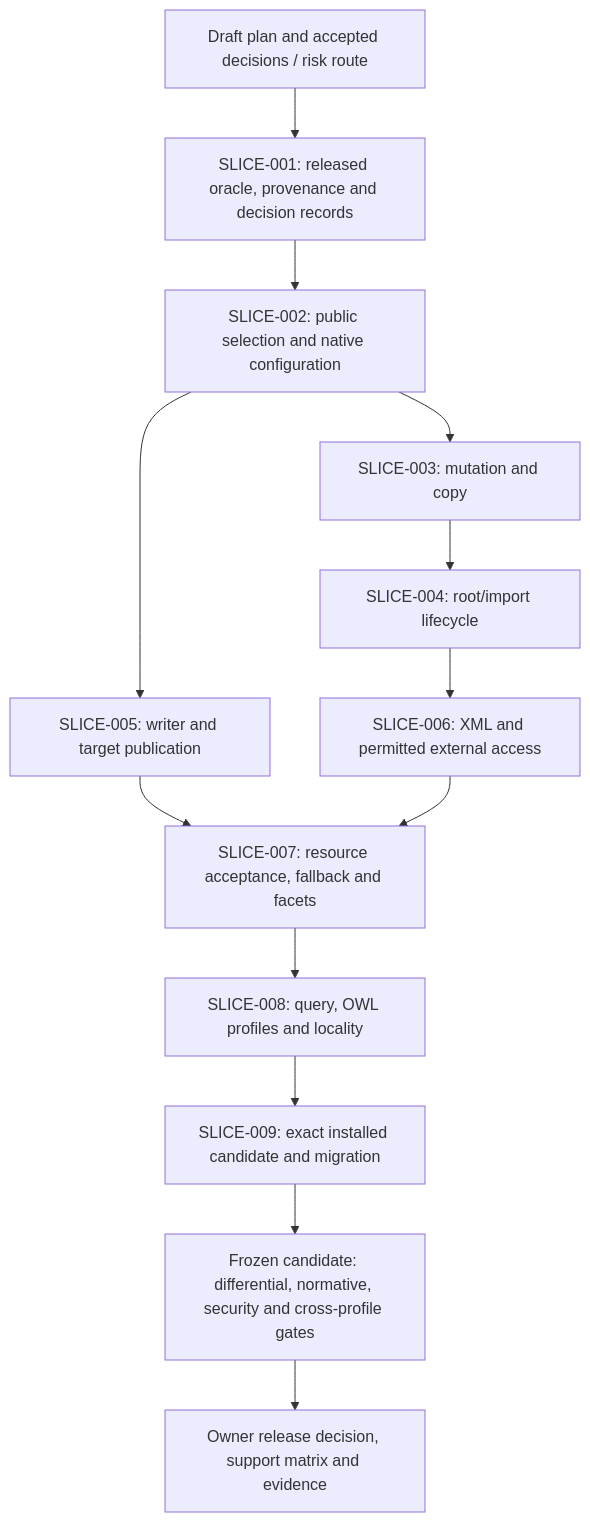
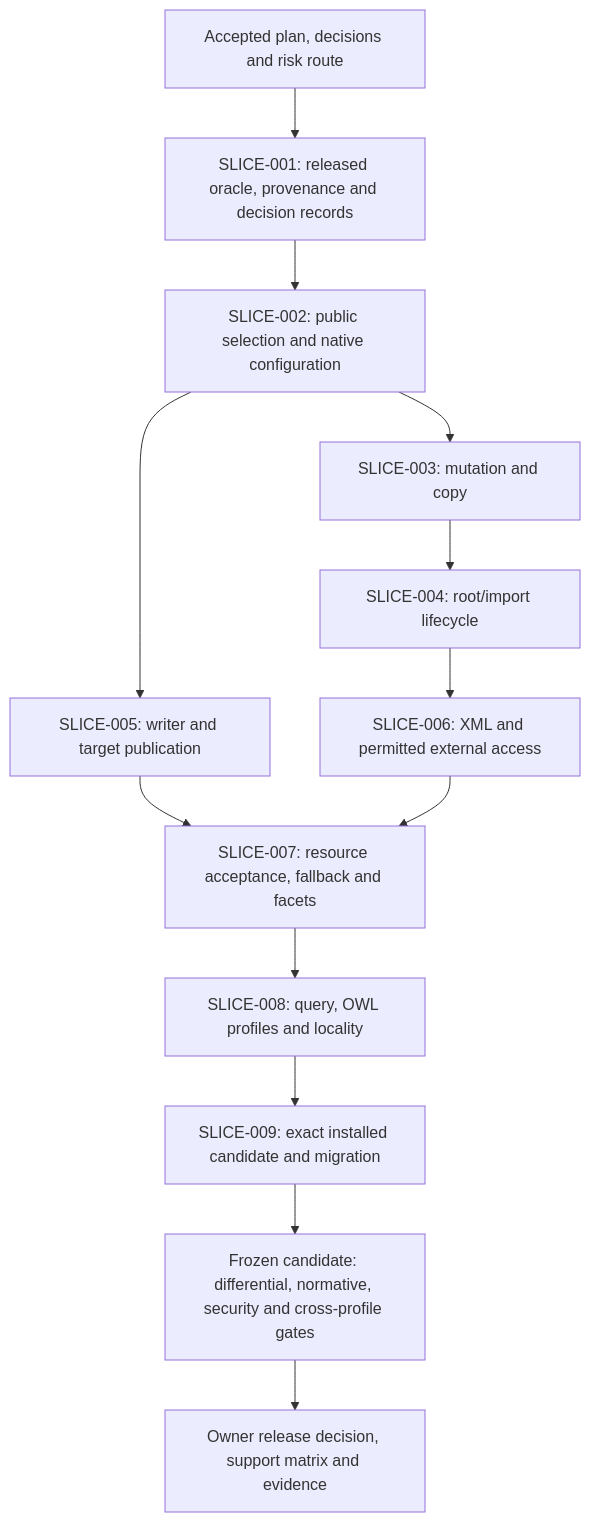
One commit to Hadden-Industries/owlapi changed the second of 2 diagrams in docs/plans/2026-10-13-java-compatible-api-behavior-implementation-plan.md. Above: the diagram before and after it, drawn with Mermaid. The commit also changed other lines of this file and 2 other files, not shown here.

````diff
--- a/docs/plans/2026-10-13-java-compatible-api-behavior-implementation-plan.md
+++ b/docs/plans/2026-10-13-java-compatible-api-behavior-implementation-plan.md
@@ -1263,15 +1267,15 @@
 ```mermaid
 flowchart TD
-    A["Draft plan and accepted decisions / risk route"] --> B["SLICE-001: released oracle, provenance and decision records"]
+    A["Accepted plan, decisions and risk route"] --> B["SLICE-001: released oracle, provenance and decision records"]
     B --> C["SLICE-002: public selection and native configuration"]
     C --> D["SLICE-003: mutation and copy"]
     D --> E["SLICE-004: root/import lifecycle"]
     C --> F["SLICE-005: writer and target publication"]
     E --> G["SLICE-006: XML and permitted external access"]
     F --> H["SLICE-007: resource acceptance, fallback and facets"]
     G --> H
     H --> I["SLICE-008: query, OWL profiles and locality"]
     I --> J["SLICE-009: exact installed candidate and migration"]
     J --> K["Frozen candidate: differential, normative, security and cross-profile gates"]
     K --> L["Owner release decision, support matrix and evidence"]
 ```
````
